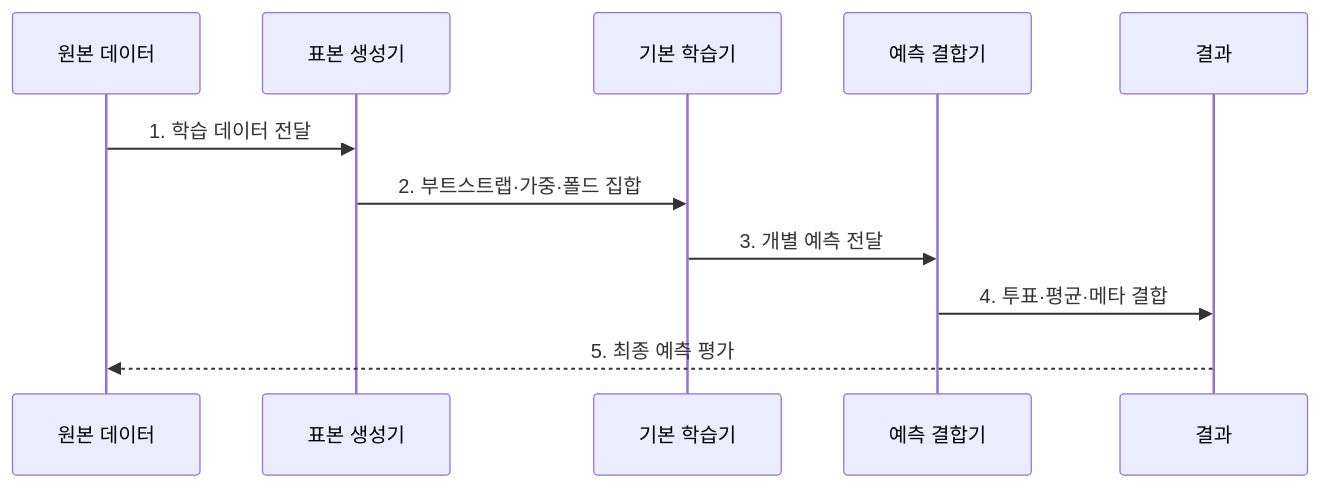
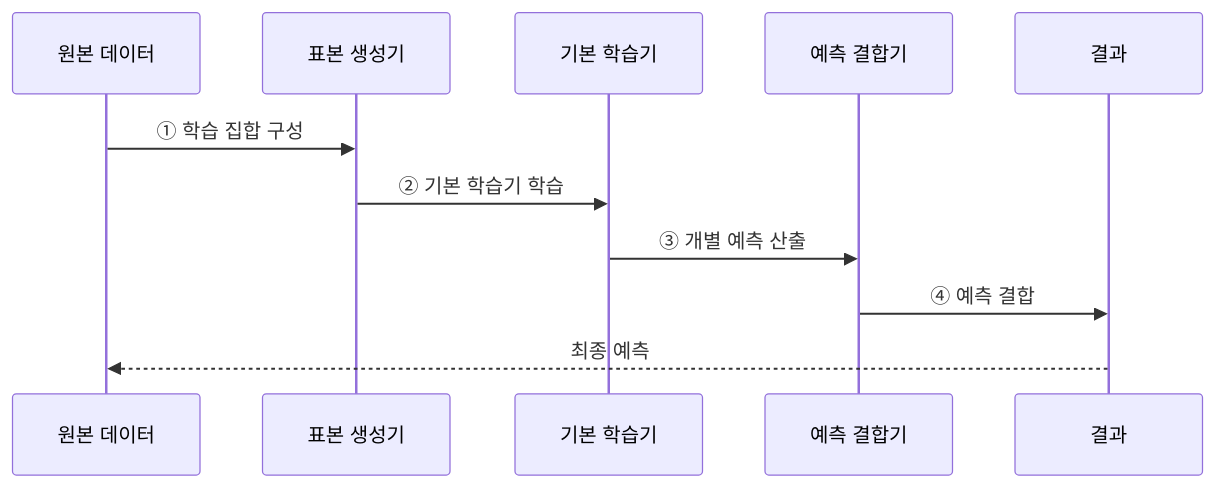
Before and after one commit to agnusdei1207/knowledge-base: the third of 3 diagrams in src/content/docs/notes/01-basic-theory/052_ensemble_learning.md, drawn with Mermaid. The commit also changed other lines of this file and 22 other files, not shown here.

````diff
--- a/src/content/docs/notes/01-basic-theory/052_ensemble_learning.md
+++ b/src/content/docs/notes/01-basic-theory/052_ensemble_learning.md
@@ -72,13 +88,13 @@
 ```mermaid
 sequenceDiagram
     participant D as 원본 데이터
     participant S as 표본 생성기
     participant B as 기본 학습기
     participant A as 예측 결합기
     participant Y as 결과
-    D->>S: 1. 학습 데이터 전달
-    S->>B: 2. 부트스트랩·가중·폴드 집합
-    B->>A: 3. 개별 예측 전달
-    A->>Y: 4. 투표·평균·메타 결합
-    Y-->>D: 5. 최종 예측 평가
+    D->>S: ① 학습 집합 구성
+    S->>B: ② 기본 학습기 학습
+    B->>A: ③ 개별 예측 산출
+    A->>Y: ④ 예측 결합
+    Y-->>D: 최종 예측
 ```
````
